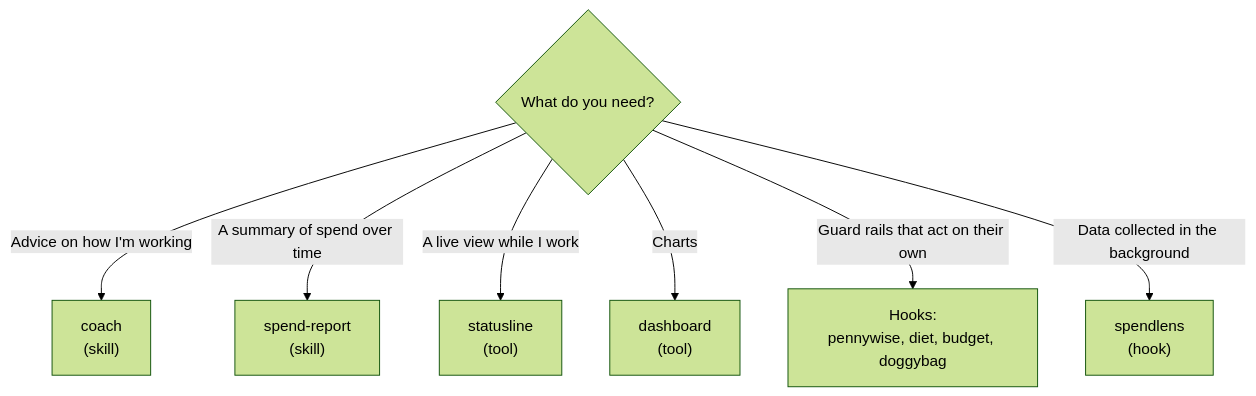
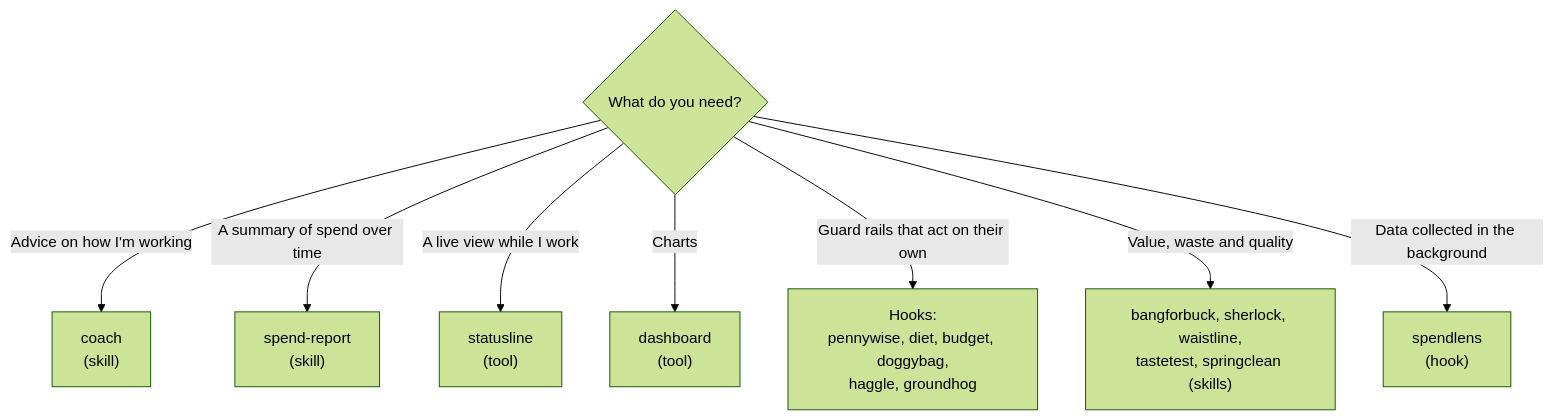
The first of 2 diagrams in docs/skills-tools-and-hooks.md (andrew44/tokenomics), drawn with Mermaid (forest theme) before and after one commit. The commit also changed other lines of this file and 37 other files, not shown here.

Commit message:
Add seven value, waste and quality helpers (#35)

````diff
--- a/docs/skills-tools-and-hooks.md
+++ b/docs/skills-tools-and-hooks.md
@@ -35,9 +42,10 @@
 ```mermaid
 flowchart TD
     Q{"What do you need?"} -->|"Advice on how I'm working"| CF["coach<br/>(skill)"]
     Q -->|"A summary of spend over time"| SR["spend-report<br/>(skill)"]
     Q -->|"A live view while I work"| SB["statusline<br/>(tool)"]
     Q -->|"Charts"| DB["dashboard<br/>(tool)"]
-    Q -->|"Guard rails that act on their own"| H["Hooks:<br/>pennywise, diet, budget, doggybag"]
+    Q -->|"Guard rails that act on their own"| H["Hooks:<br/>pennywise, diet, budget, doggybag,<br/>haggle, groundhog"]
+    Q -->|"Value, waste and quality"| V["bangforbuck, sherlock, waistline,<br/>tastetest, springclean (skills)"]
     Q -->|"Data collected in the background"| SL["spendlens<br/>(hook)"]
 ```
````
